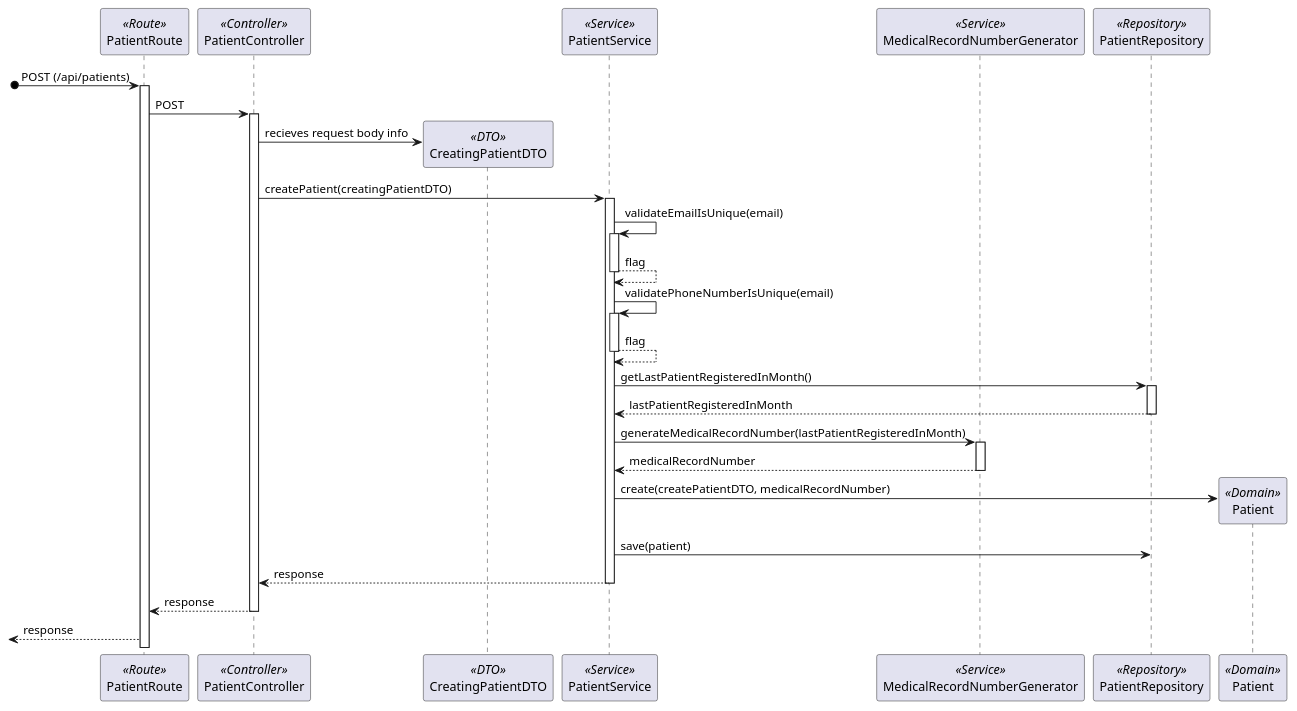
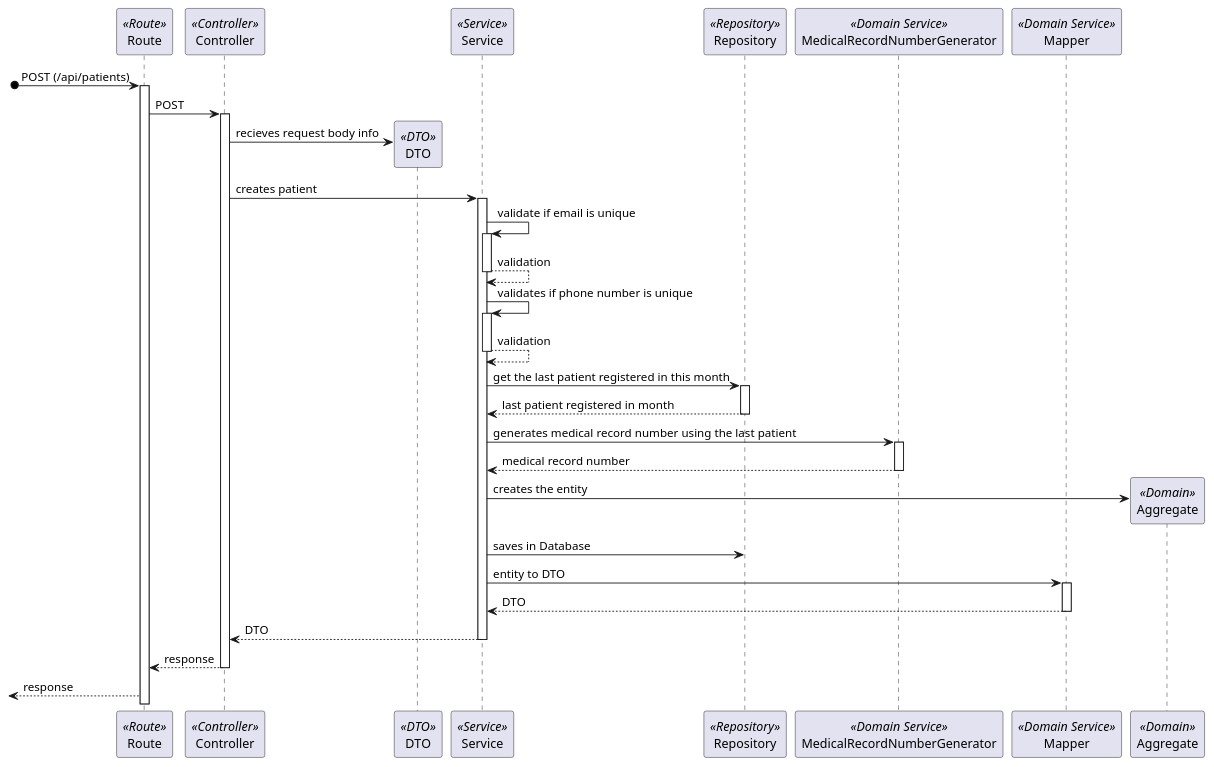
The diagram in docs/Sprint_1/US_5.1.8/L3/Process_View.puml (Rodrick0209/ISEP-SEM5PI-24-25), drawn with PlantUML before and after one commit. The commit also changed 19 other files, not shown here.

```diff
--- a/docs/Sprint_1/US_5.1.8/L3/Process_View.puml
+++ b/docs/Sprint_1/US_5.1.8/L3/Process_View.puml
@@ -2,34 +2,38 @@
 @startuml Process_View
-participant PatientRoute as Route <<Route>>
-participant PatientController as Controller <<Controller>>
-participant CreatingPatientDTO as DTO <<DTO>>
-participant PatientService as Service <<Service>>
-participant MedicalRecordNumberGenerator as MedicalRecordNumberGenerator <<Service>>
-participant PatientRepository as Repository <<Repository>>
-participant Patient as Domain <<Domain>>
+participant Route as Route <<Route>>
+participant Controller as Controller <<Controller>>
+participant DTO as DTO <<DTO>>
+participant Service as Service <<Service>>
+participant Repository as Repository <<Repository>>
+participant MedicalRecordNumberGenerator as MedicalRecordNumberGenerator <<Domain Service>>
+participant Mapper as Mapper <<Domain Service>>
+participant Aggregate as Domain <<Domain>>
 [o-> Route: POST (/api/patients)
 activate Route
 Route -> Controller : POST
 activate Controller
 Controller -> DTO** : recieves request body info
-Controller -> Service : createPatient(creatingPatientDTO)
+Controller -> Service : creates patient
 activate Service
-Service -> Service : validateEmailIsUnique(email)
+Service -> Service : validate if email is unique
 activate Service
-return flag
-Service -> Service : validatePhoneNumberIsUnique(email)
+return validation
+Service -> Service : validates if phone number is unique
 activate Service
-return flag
-Service -> Repository : getLastPatientRegisteredInMonth()
+return validation
+Service -> Repository : get the last patient registered in this month
 activate Repository
-return lastPatientRegisteredInMonth
-Service -> MedicalRecordNumberGenerator : generateMedicalRecordNumber(lastPatientRegisteredInMonth)
+return last patient registered in month
+Service -> MedicalRecordNumberGenerator : generates medical record number using the last patient
 activate MedicalRecordNumberGenerator
-return medicalRecordNumber
-Service -> Domain** : create(createPatientDTO, medicalRecordNumber)
-Service -> Repository : save(patient)
-return response
+return medical record number
+Service -> Domain** : creates the entity
+Service -> Repository : saves in Database
+Service -> Mapper : entity to DTO
+activate Mapper
+return DTO
+return DTO
 return response
 <-- Route : response
 
 @enduml
```
